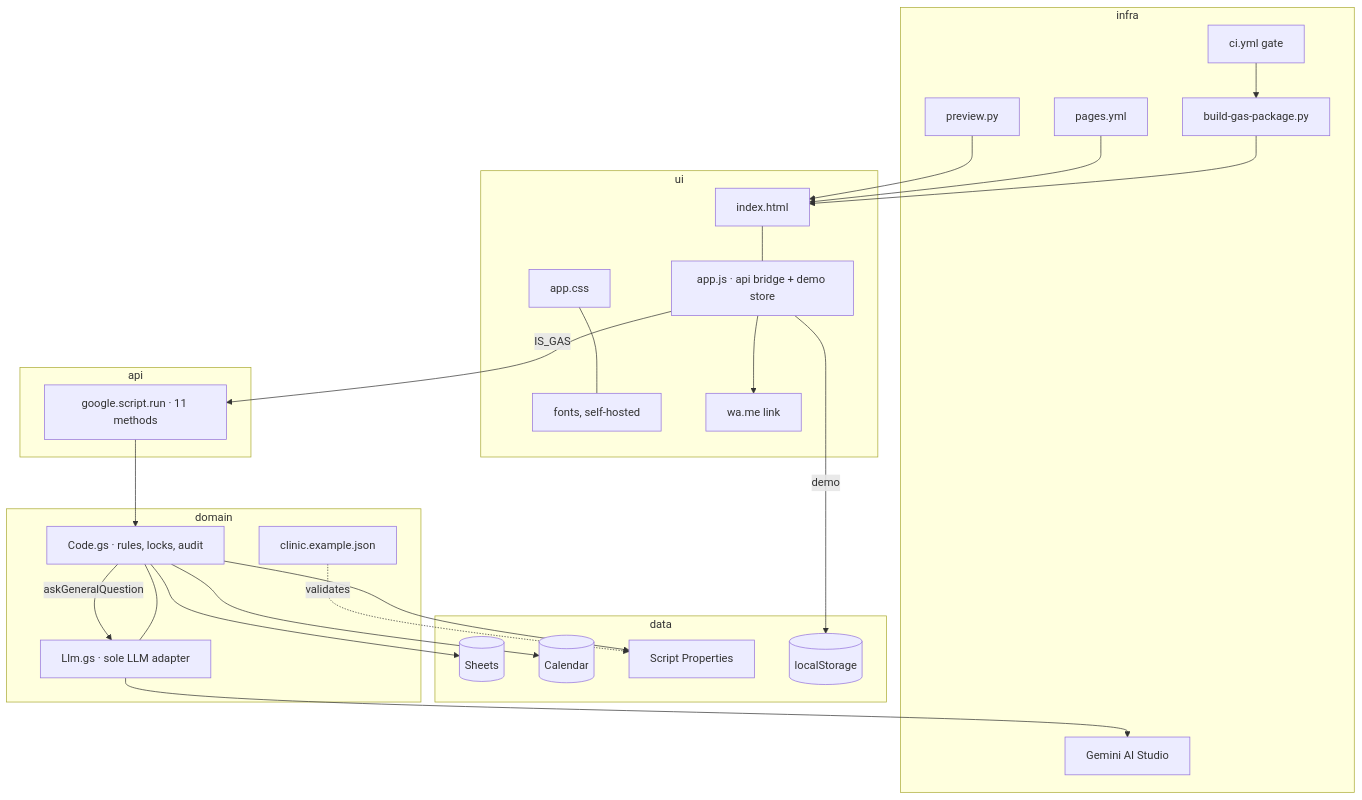
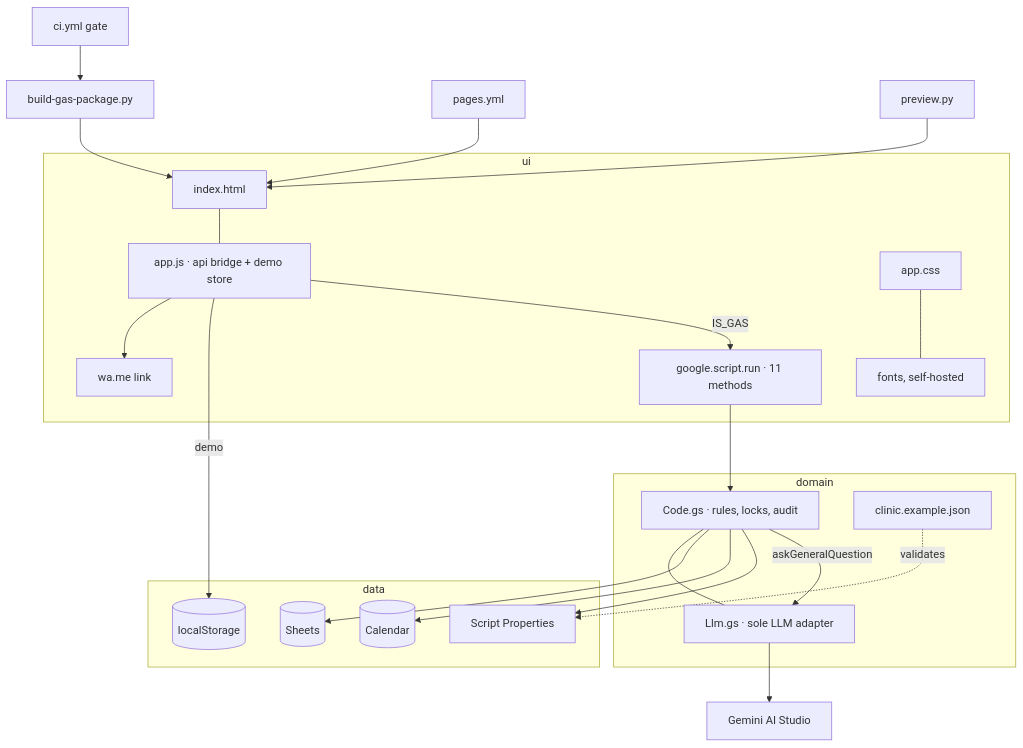
The first of 3 diagrams in docs/map/ARCHITECTURE.md (sayedelazameydesign-crypto/dr.mukhtar), drawn with Mermaid before and after one commit. The commit also changed other lines of this file and 7 other files, not shown here.

````diff
--- a/docs/map/ARCHITECTURE.md
+++ b/docs/map/ARCHITECTURE.md
@@ -45,29 +35,25 @@
 ```mermaid
 flowchart TB
   subgraph UI[ui]
     IDX[index.html] --- APP[app.js · api bridge + demo store]
     CSS[app.css] --- FONTS[fonts, self-hosted]
     APP --> WA[wa.me link]
-  end
-  subgraph API[api]
     BRIDGE[google.script.run · 11 methods]
   end
   subgraph DOMAIN[domain]
     CODE[Code.gs · rules, locks, audit] --- LLM[Llm.gs · sole LLM adapter]
     CFG[clinic.example.json]
   end
   subgraph DATA[data]
     SHEETS[(Sheets)] & CAL[(Calendar)] & PROPS[Script Properties] & LS[(localStorage)]
   end
-  subgraph INFRA[infra]
     CI[ci.yml gate] --> BUILD[build-gas-package.py] --> IDX
     PAGES[pages.yml] --> IDX
     PREVIEW[preview.py] --> IDX
     GEM[Gemini AI Studio]
-  end
   APP -->|demo| LS
   APP -->|IS_GAS| BRIDGE --> CODE
   CODE --> SHEETS & CAL & PROPS
   CODE -->|askGeneralQuestion| LLM --> GEM
   CFG -.validates.-> PROPS
 ```
````
